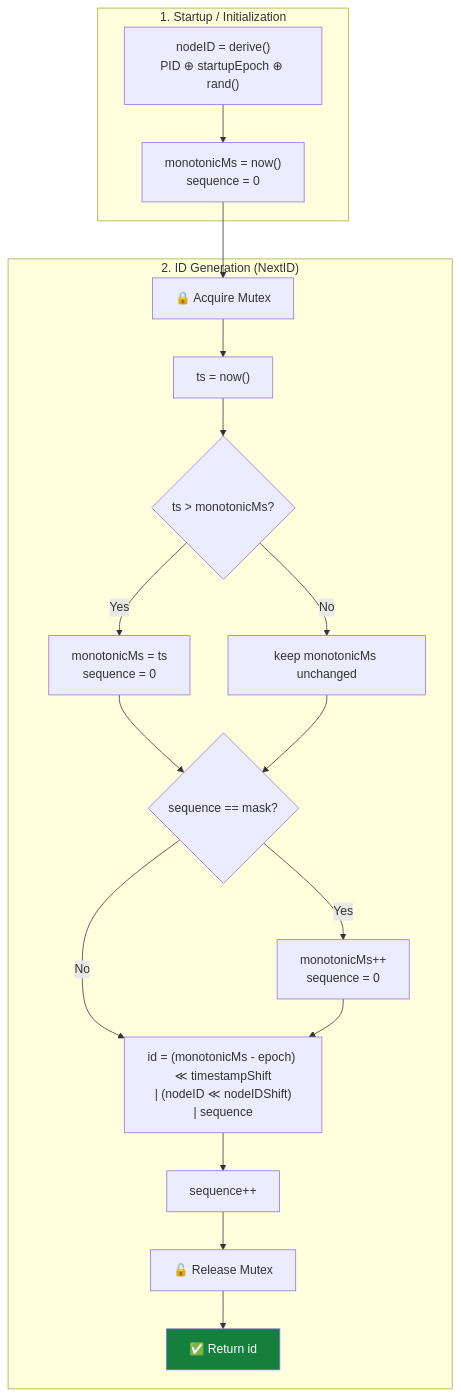
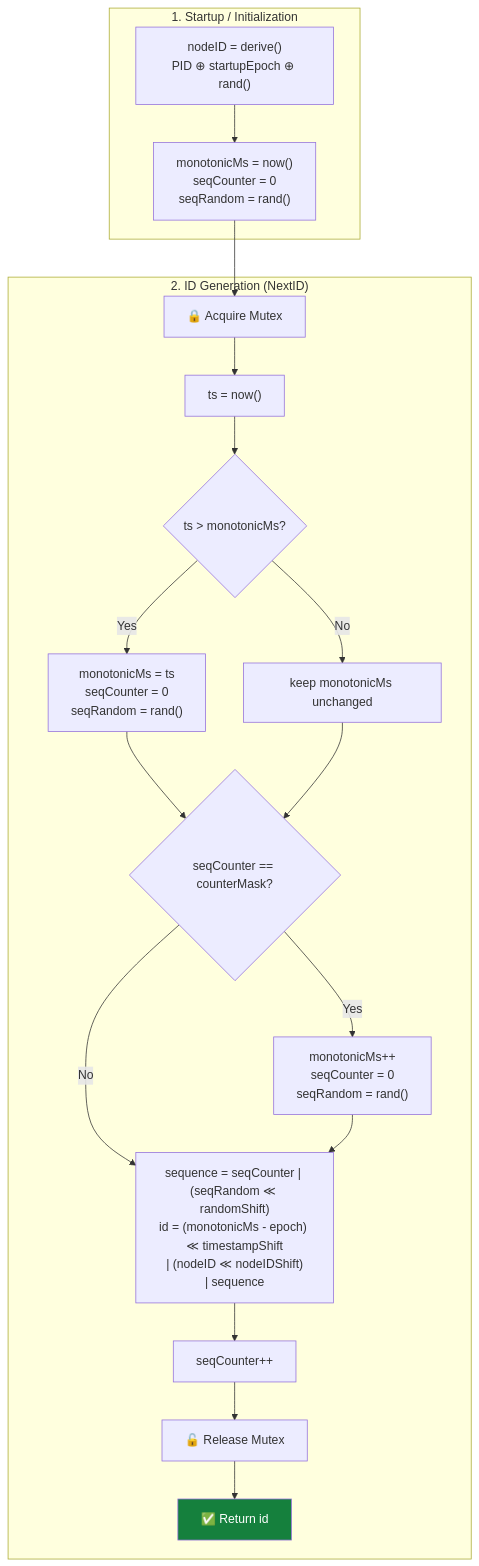
Before and after one commit to Albe83/snowflake-id-service: the second of 5 diagrams in docs/design/snowflake-algorithm-workflow.md, drawn with Mermaid. The commit also changed other lines of this file, not shown here.

Commit message:
docs(design): apply hybrid sequence (counter + random bits) to all diagrams

````diff
--- a/docs/design/snowflake-algorithm-workflow.md
+++ b/docs/design/snowflake-algorithm-workflow.md
@@ -18,32 +19,32 @@
 ```mermaid
 flowchart TD
     subgraph INIT["1. Startup / Initialization"]
         A["nodeID = derive()<br>PID ⊕ startupEpoch ⊕ rand()"]
-        A --> D["monotonicMs = now()<br>sequence = 0"]
+        A --> D["monotonicMs = now()<br>seqCounter = 0<br>seqRandom = rand()"]
     end
 
     D --> E
 
     subgraph GEN["2. ID Generation (NextID)"]
         E["🔒 Acquire Mutex"]
         E --> F["ts = now()"]
 
         F --> G{"ts > monotonicMs?"}
-        G -->|Yes| H["monotonicMs = ts<br>sequence = 0"]
+        G -->|Yes| H["monotonicMs = ts<br>seqCounter = 0<br>seqRandom = rand()"]
         G -->|No| I["keep monotonicMs unchanged"]
 
-        H --> J{"sequence == mask?"}
+        H --> J{"seqCounter == counterMask?"}
         I --> J
-        J -->|Yes| K["monotonicMs++<br>sequence = 0"]
+        J -->|Yes| K["monotonicMs++<br>seqCounter = 0<br>seqRandom = rand()"]
         J -->|No| L["Build ID"]
         K --> L
 
-        L["id = (monotonicMs - epoch) ≪ timestampShift<br>| (nodeID ≪ nodeIDShift)<br>| sequence"]
+        L["sequence = seqCounter | (seqRandom ≪ randomShift)<br>id = (monotonicMs - epoch) ≪ timestampShift<br>| (nodeID ≪ nodeIDShift)<br>| sequence"]
 
-        L --> M["sequence++"]
+        L --> M["seqCounter++"]
         M --> N["🔓 Release Mutex"]
         N --> O["✅ Return id"]
     end
 
     style O fill:#15803d,color:#fff
 ```
````
